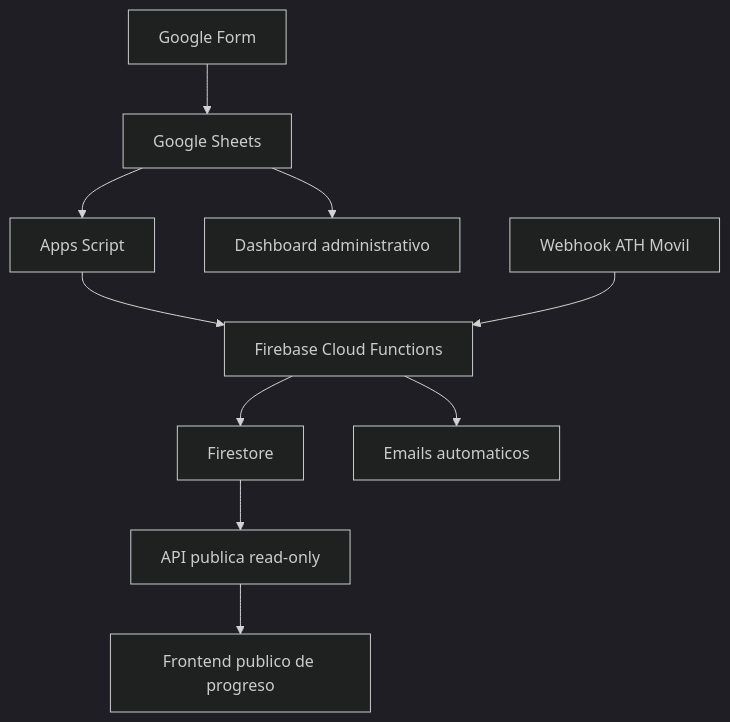
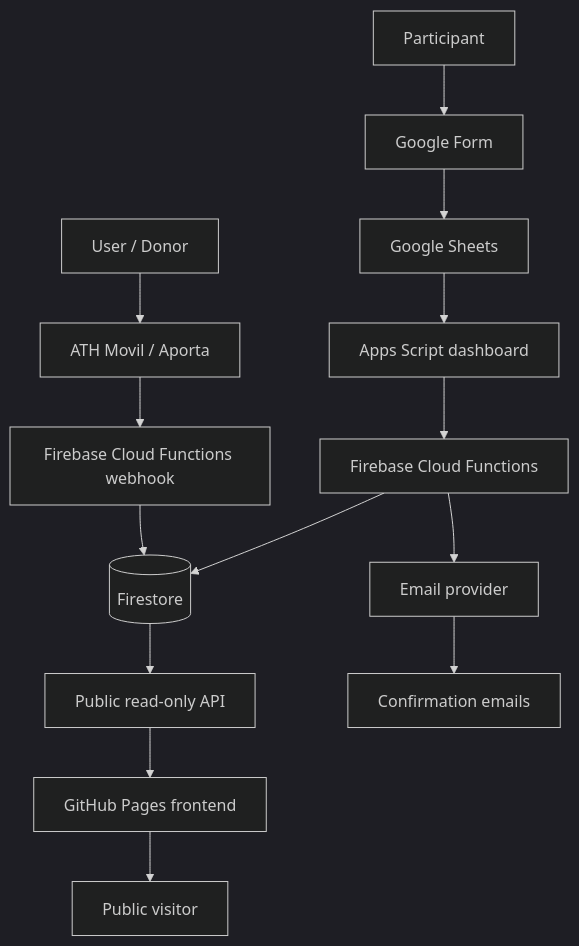
One commit to Janiel777/abrazo-junelly-frontend changed the diagram in README.md. Above: the diagram before and after it, drawn with Mermaid (dark theme). The commit also changed other lines of this file and 6 other files, not shown here.

````diff
--- a/README.md
+++ b/README.md
@@ -51,12 +118,19 @@
 ```mermaid
 flowchart TD
-  A[Google Form] --> B[Google Sheets]
-  B --> C[Apps Script]
-  C --> D[Firebase Cloud Functions]
-  D --> E[Firestore]
-  D --> F[Emails automaticos]
-  B --> G[Dashboard administrativo]
-  E --> H[API publica read-only]
-  H --> I[Frontend publico de progreso]
-  J[Webhook ATH Movil] --> D
+  donor[User / Donor] --> ath[ATH Movil / Aporta]
+  ath --> webhook[Firebase Cloud Functions webhook]
+  webhook --> firestore[(Firestore)]
+
+  participant[Participant] --> form[Google Form]
+  form --> sheets[Google Sheets]
+  sheets --> apps[Apps Script dashboard]
+  apps --> functions[Firebase Cloud Functions]
+  functions --> firestore
+
+  firestore --> api[Public read-only API]
+  api --> frontend[GitHub Pages frontend]
+  frontend --> visitor[Public visitor]
+
+  functions --> emailProvider[Email provider]
+  emailProvider --> emails[Confirmation emails]
 ```
````
